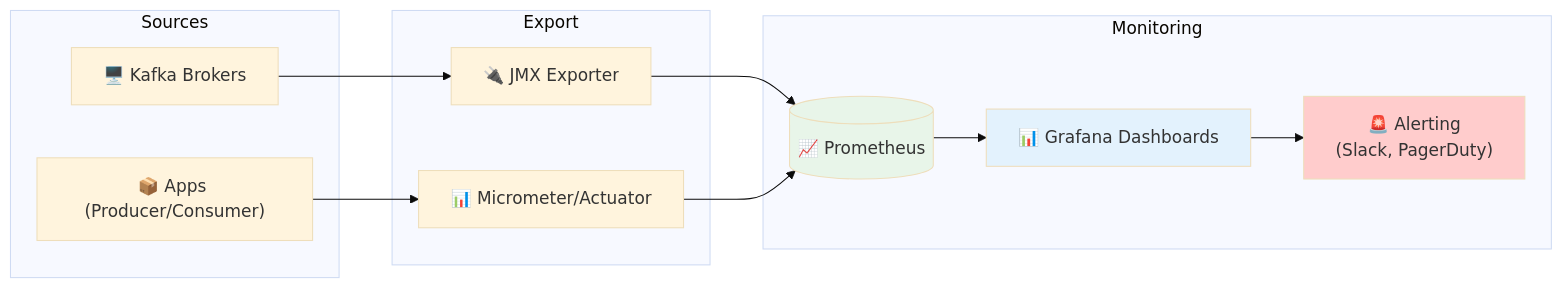
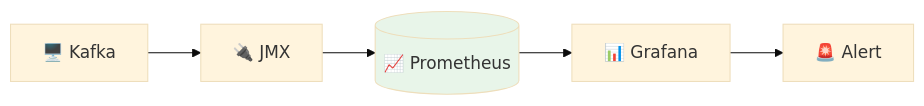
Before and after one commit to msellamiTN/kafka-bhf: the third of 4 diagrams in formation-v2/day-03-integration/module-08-observability/README.md, drawn with Mermaid (base theme). The commit also changed other lines of this file and 4 other files, not shown here.

Commit message:
refactor: reorganize Mermaid diagrams - more compact and readable

````diff
--- a/formation-v2/day-03-integration/module-08-observability/README.md
+++ b/formation-v2/day-03-integration/module-08-observability/README.md
@@ -89,26 +63,5 @@
 ```mermaid
 flowchart LR
-    subgraph sources["Sources"]
-        K["🖥️ Kafka Brokers"]
-        A["📦 Apps (Producer/Consumer)"]
-    end
-    
-    subgraph export["Export"]
-        JMX["🔌 JMX Exporter"]
-        MIC["📊 Micrometer/Actuator"]
-    end
-    
-    subgraph monitoring["Monitoring"]
-        PROM[("📈 Prometheus")]
-        GRAF["📊 Grafana Dashboards"]
-        ALERT["🚨 Alerting<br/>(Slack, PagerDuty)"]
-    end
-    
-    K --> JMX --> PROM
-    A --> MIC --> PROM
-    PROM --> GRAF --> ALERT
-    
+    K["🖥️ Kafka"] --> JMX["🔌 JMX"] --> PROM[("📈 Prometheus")] --> GRAF["📊 Grafana"] --> ALERT["🚨 Alert"]
     style PROM fill:#e8f5e9
-    style GRAF fill:#e3f2fd
-    style ALERT fill:#ffcccc
 ```
````
